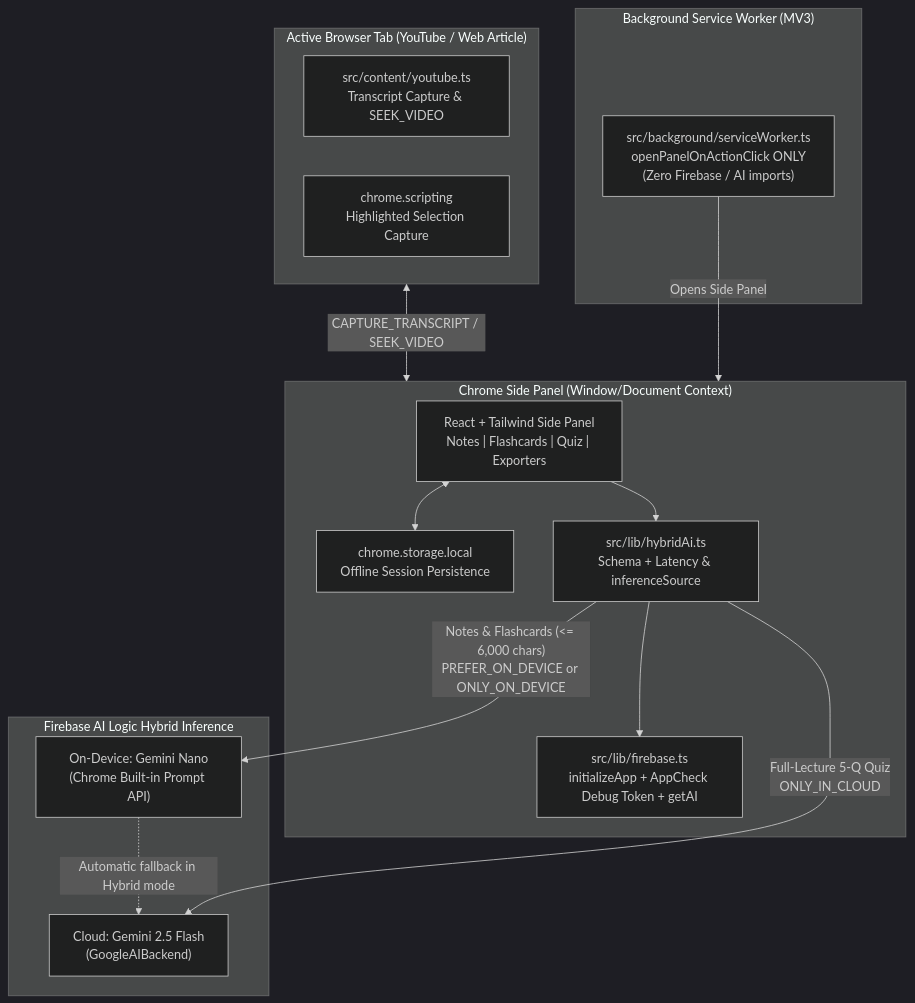
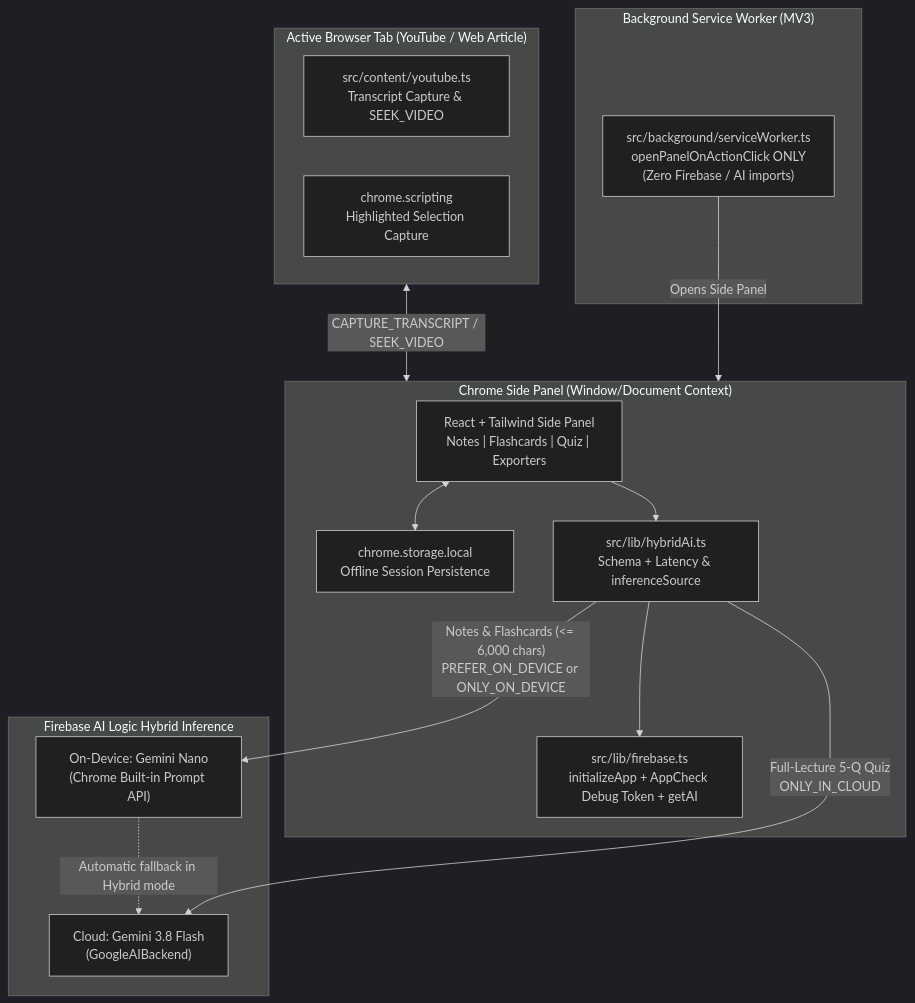
The diagram in README.md (vadymstroiu/LectureLens-AI), drawn with Mermaid (dark theme) before and after one commit. The commit also changed other lines of this file and 9 other files, not shown here.

Commit message:
fix: update cloud fallback model to gemini-3.8-flash for new Firebase projects

````diff
--- a/README.md
+++ b/README.md
@@ -25,32 +25,32 @@
 ```mermaid
 flowchart TB
     subgraph TAB["Active Browser Tab (YouTube / Web Article)"]
         CS["src/content/youtube.ts<br/>Transcript Capture & SEEK_VIDEO"]
         SEL["chrome.scripting<br/>Highlighted Selection Capture"]
     end
 
     subgraph BG["Background Service Worker (MV3)"]
         SW["src/background/serviceWorker.ts<br/>openPanelOnActionClick ONLY<br/>(Zero Firebase / AI imports)"]
     end
 
     subgraph SP["Chrome Side Panel (Window/Document Context)"]
         UI["React + Tailwind Side Panel<br/>Notes | Flashcards | Quiz | Exporters"]
         STORE["chrome.storage.local<br/>Offline Session Persistence"]
         FB["src/lib/firebase.ts<br/>initializeApp + AppCheck Debug Token + getAI"]
         AI["src/lib/hybridAi.ts<br/>Schema + Latency & inferenceSource"]
     end
 
     subgraph ENGINES["Firebase AI Logic Hybrid Inference"]
         NANO["On-Device: Gemini Nano<br/>(Chrome Built-in Prompt API)"]
-        CLOUD["Cloud: Gemini 2.5 Flash<br/>(GoogleAIBackend)"]
+        CLOUD["Cloud: Gemini 3.8 Flash<br/>(GoogleAIBackend)"]
     end
 
     TAB <-->|"CAPTURE_TRANSCRIPT / SEEK_VIDEO"| SP
     SW -->|"Opens Side Panel"| SP
     UI <--> STORE
     UI --> AI
     AI --> FB
     AI -->|"Notes & Flashcards (<= 6,000 chars)<br/>PREFER_ON_DEVICE or ONLY_ON_DEVICE"| NANO
     NANO -.->|"Automatic fallback in Hybrid mode"| CLOUD
     AI -->|"Full-Lecture 5-Q Quiz<br/>ONLY_IN_CLOUD"| CLOUD
 ```
````
